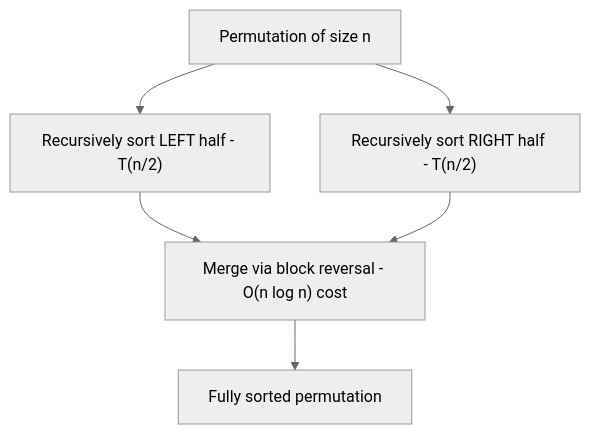
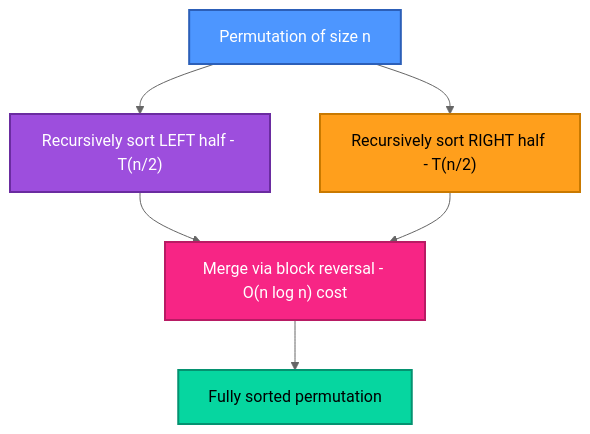
One commit to routsarthakkumar-byte/DAA-Lab changed the seventh of 9 diagrams in Lab-06/README.md. Above: the diagram before and after it, drawn with Mermaid (neutral theme). The commit also changed other lines of this file and 1 other file, not shown here.

````diff
--- a/Lab-06/README.md
+++ b/Lab-06/README.md
@@ -193,8 +211,13 @@
 ```mermaid
 flowchart TD
     A["Permutation of size n"] --> B["Recursively sort LEFT half - T(n/2)"]
     A --> C["Recursively sort RIGHT half - T(n/2)"]
     B --> D["Merge via block reversal - O(n log n) cost"]
     C --> D
     D --> E["Fully sorted permutation"]
+    style A fill:#4D96FF,color:#fff,stroke:#2c5fb8,stroke-width:2px
+    style B fill:#9D4EDD,color:#fff,stroke:#6a2ca0,stroke-width:2px
+    style C fill:#FF9F1C,color:#000,stroke:#c97900,stroke-width:2px
+    style D fill:#F72585,color:#fff,stroke:#b81b64,stroke-width:2px
+    style E fill:#06D6A0,color:#000,stroke:#049270,stroke-width:2px
 ```
````
